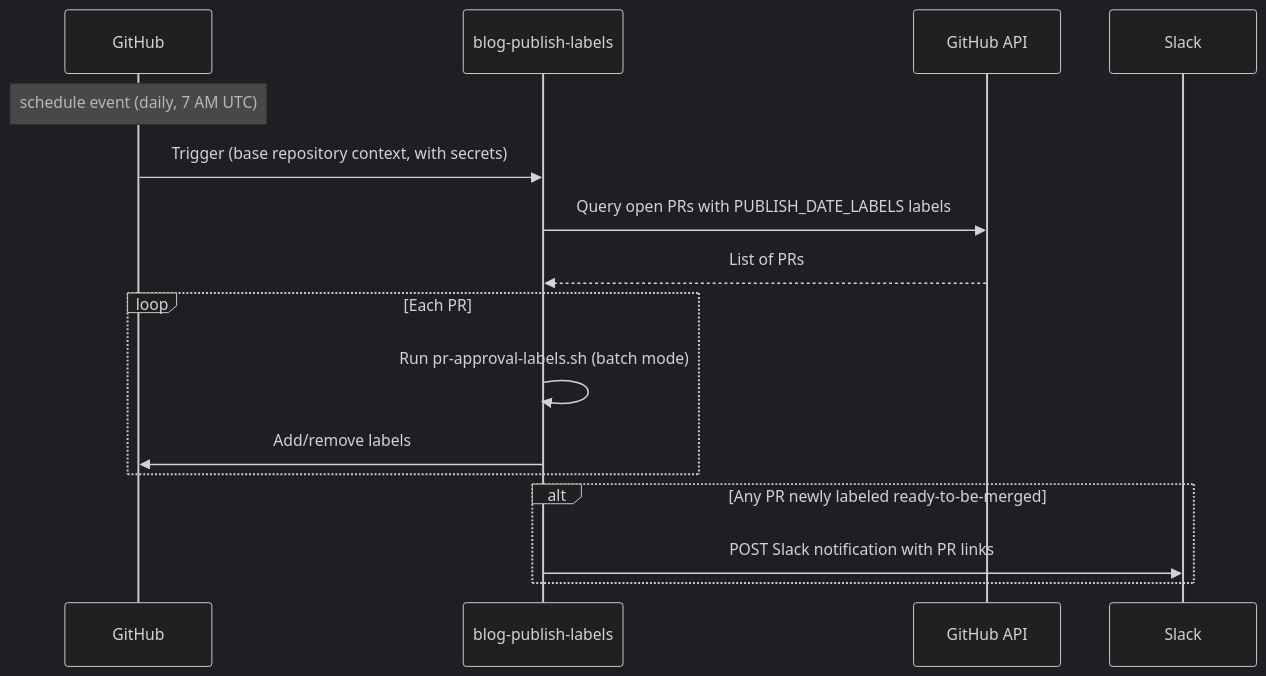
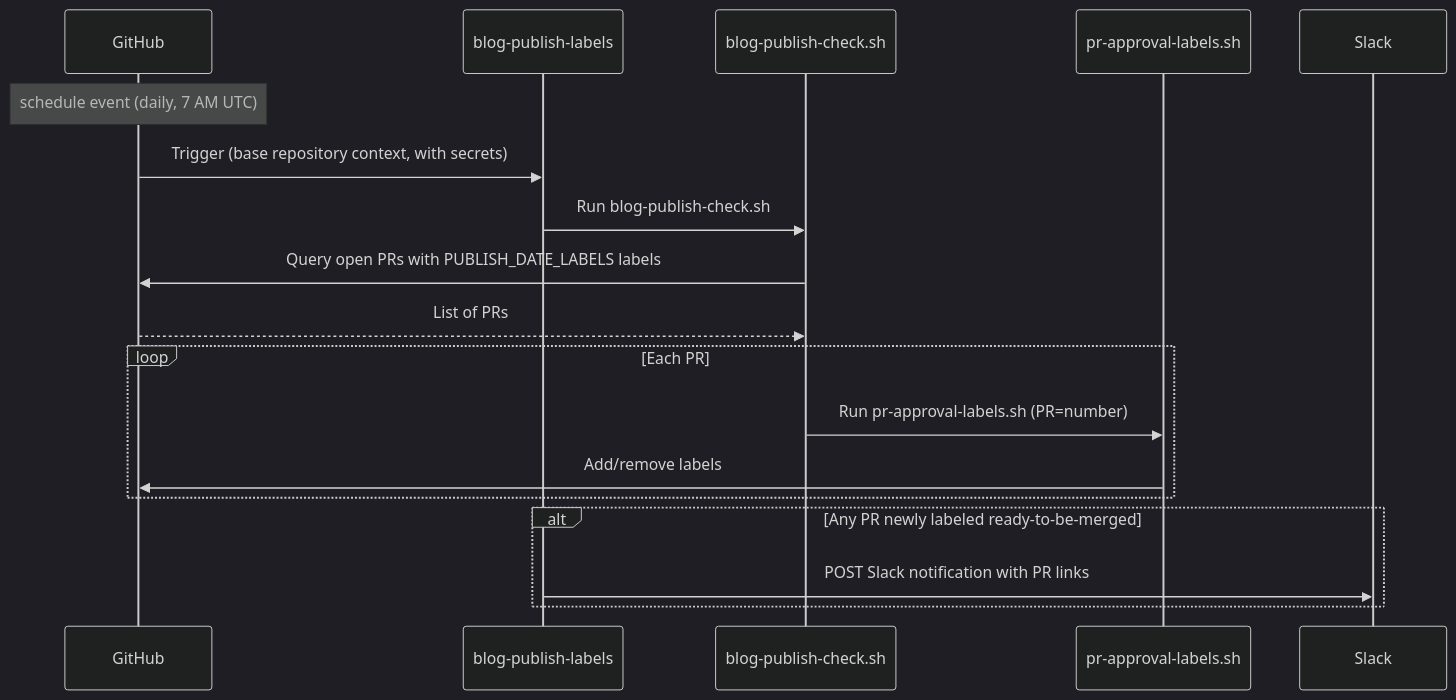
One commit to open-telemetry/opentelemetry.io changed the third of 3 diagrams in content/en/site/build/ci-workflows.md. Above: the diagram before and after it, drawn with Mermaid (dark theme). The commit also changed other lines of this file and 3 other files, not shown here.

Commit message:
feat(blog-publish): implement batch processing for blog PRs with new script

````diff
--- a/content/en/site/build/ci-workflows.md
+++ b/content/en/site/build/ci-workflows.md
@@ -211,20 +217,22 @@
 ```mermaid
 sequenceDiagram
     participant GH as GitHub
-    participant B as blog-publish-labels
-    participant API as GitHub API
+    participant W as blog-publish-labels
+    participant B as blog-publish-check.sh
+    participant L as pr-approval-labels.sh
     participant S as Slack
 
     Note over GH: schedule event (daily, 7 AM UTC)
 
-    GH->>B: Trigger (base repository context, with secrets)
-    B->>API: Query open PRs with PUBLISH_DATE_LABELS labels
-    API-->>B: List of PRs
+    GH->>W: Trigger (base repository context, with secrets)
+    W->>B: Run blog-publish-check.sh
+    B->>GH: Query open PRs with PUBLISH_DATE_LABELS labels
+    GH-->>B: List of PRs
     loop Each PR
-        B->>B: Run pr-approval-labels.sh (batch mode)
-        B->>GH: Add/remove labels
+        B->>L: Run pr-approval-labels.sh (PR=number)
+        L->>GH: Add/remove labels
     end
     alt Any PR newly labeled ready-to-be-merged
-        B->>S: POST Slack notification with PR links
+        W->>S: POST Slack notification with PR links
     end
 ```
````
